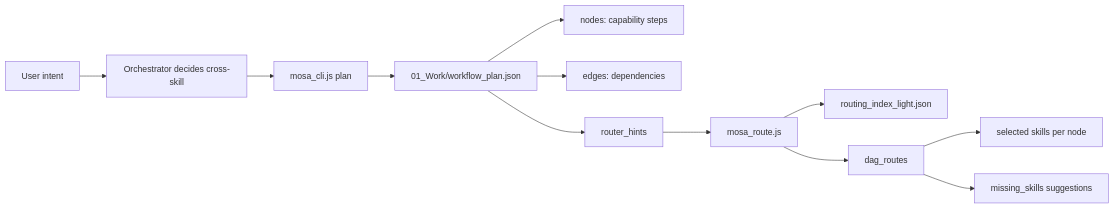
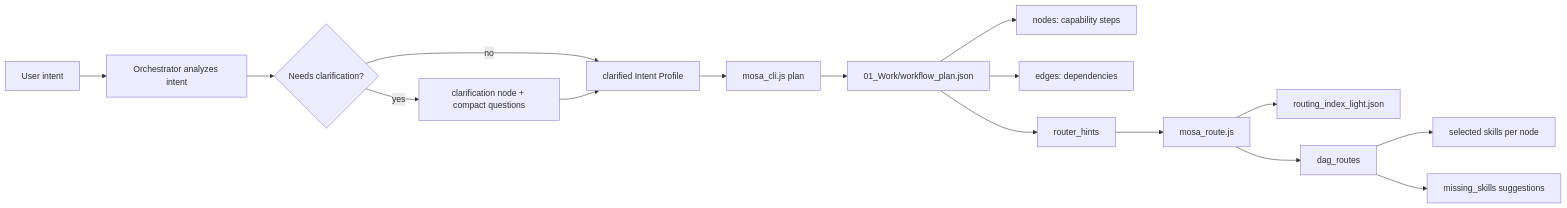
One commit to gumchee95/code-mosa-framework changed the diagram in 03_DAG/ROUTING_FLOW.md. Above: the diagram before and after it, drawn with Mermaid. The commit also changed other lines of this file and 4 other files, not shown here.

Commit message:
Add orchestrator clarification gate for DAG routing

````diff
--- a/03_DAG/ROUTING_FLOW.md
+++ b/03_DAG/ROUTING_FLOW.md
@@ -3,14 +3,18 @@
 ```mermaid
 graph LR
-  U["User intent"] --> O["Orchestrator decides cross-skill"]
-  O --> P["mosa_cli.js plan"]
+  U["User intent"] --> O["Orchestrator analyzes intent"]
+  O --> Q{"Needs clarification?"}
+  Q -->|"yes"| C["clarification node + compact questions"]
+  Q -->|"no"| A["clarified Intent Profile"]
+  C --> A
+  A --> P["mosa_cli.js plan"]
   P --> W["01_Work/workflow_plan.json"]
   W --> N["nodes: capability steps"]
   W --> E["edges: dependencies"]
   W --> H["router_hints"]
   H --> R["mosa_route.js"]
   R --> I["routing_index_light.json"]
   R --> D["dag_routes"]
   D --> S["selected skills per node"]
   D --> M["missing_skills suggestions"]
 ```
````
